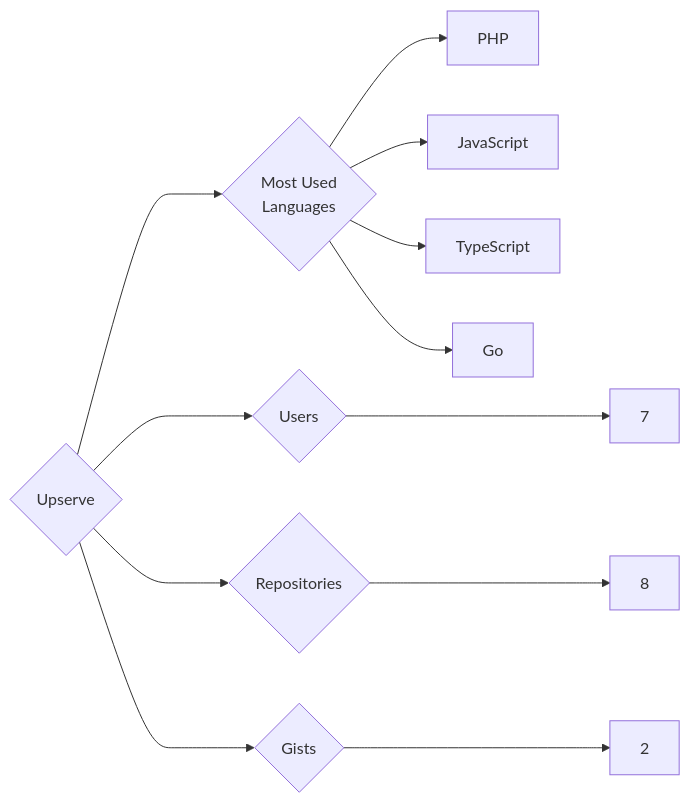
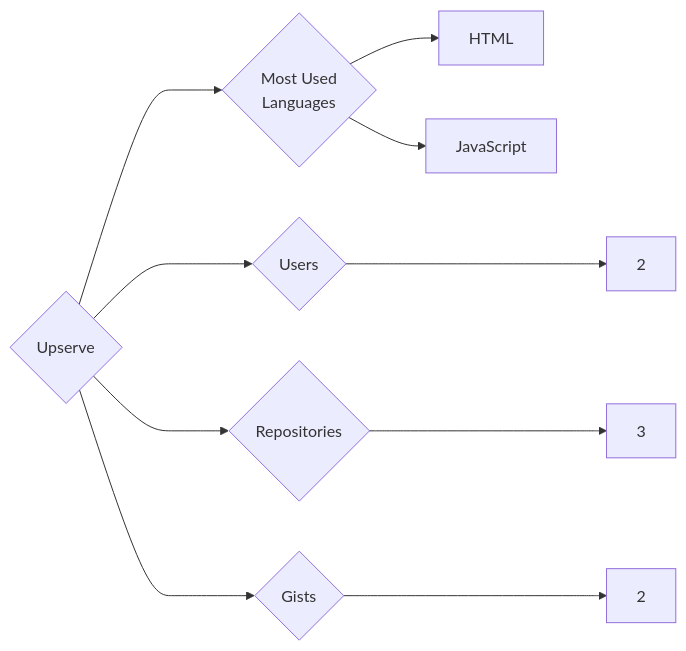
One commit to trickest/insiders changed the diagram in targets/Upserve/README.md. Above: the diagram before and after it, drawn with Mermaid. The commit also changed 1011 other files, not shown here.

````diff
--- a/targets/Upserve/README.md
+++ b/targets/Upserve/README.md
@@ -3,12 +3,10 @@
 ```mermaid
 graph LR
 COMPANY_NAME{Upserve}
-COMPANY_NAME ---> U{Users} ---> UN[7]
-COMPANY_NAME ---> R{Repositories} ---> RN[8]
+COMPANY_NAME ---> U{Users} ---> UN[2]
+COMPANY_NAME ---> R{Repositories} ---> RN[3]
 COMPANY_NAME ---> G{Gists} ---> GN[2]
 COMPANY_NAME ---> ML{Most Used<br>Languages}
-ML --> PHP[PHP]
+ML --> HTML[HTML]
 ML --> JavaScript[JavaScript]
-ML --> TypeScript[TypeScript]
-ML --> Go[Go]
 ```
````
